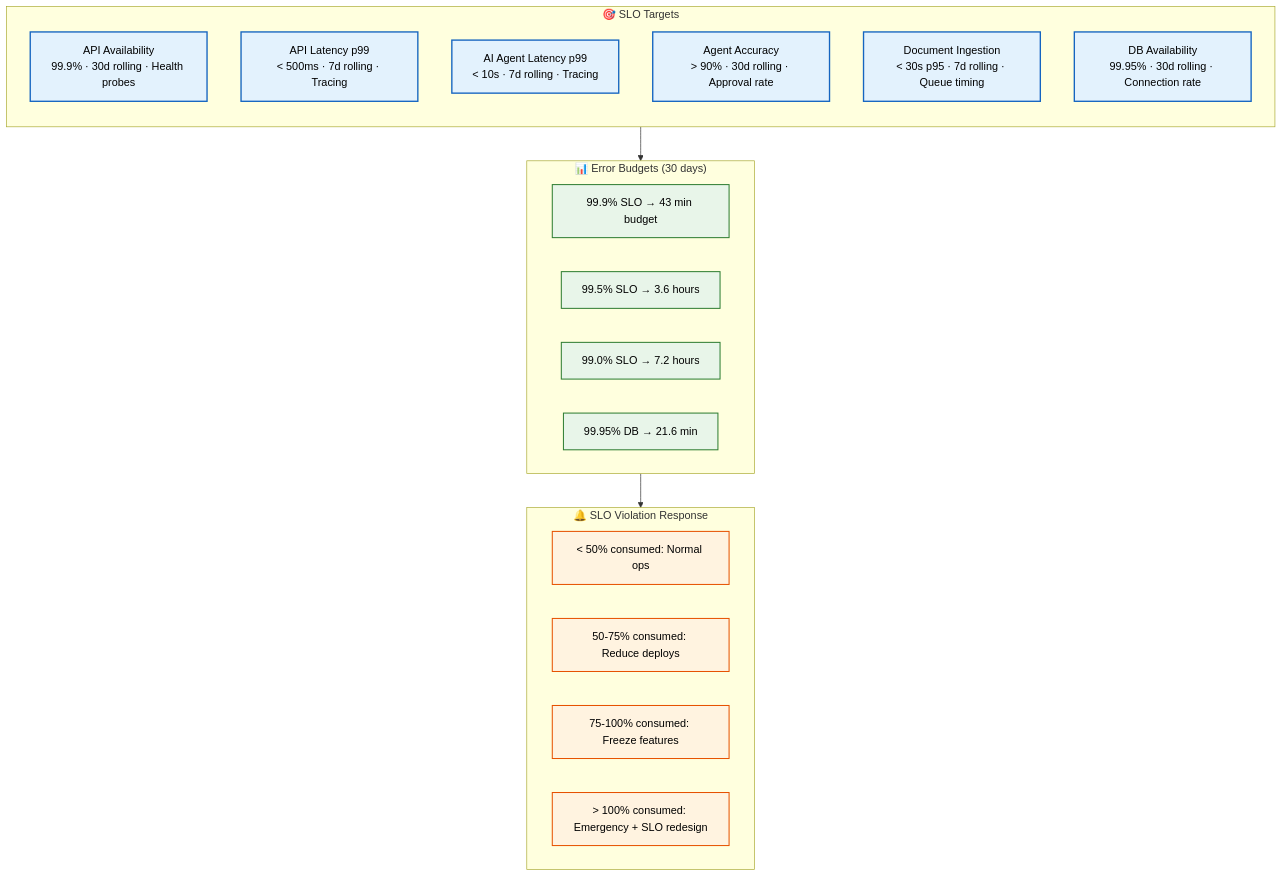
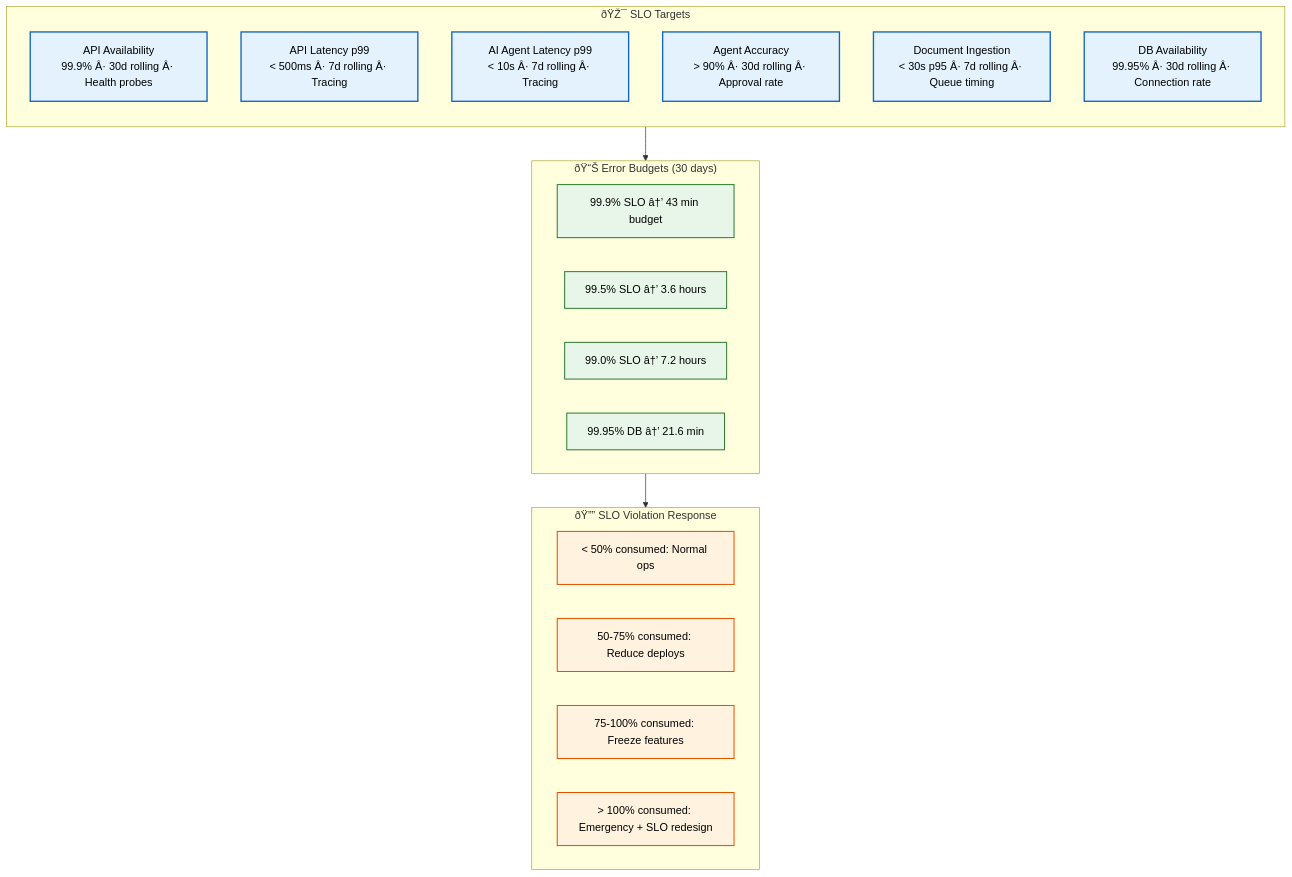
One commit to Driftloom/Vaeloom changed the diagram in Docs/Operations/SLO.md. Above: the diagram before and after it, drawn with Mermaid. The commit also changed other lines of this file and 249 other files, not shown here.

````diff
--- a/Docs/Operations/SLO.md
+++ b/Docs/Operations/SLO.md
@@ -8,36 +8,36 @@
 ```mermaid
 graph TD
     classDef target fill:#e3f2fd,stroke:#1565c0,color:#000,stroke-width:2px
     classDef budget fill:#e8f5e9,stroke:#2e7d32,color:#000,stroke-width:1.5px
     classDef response fill:#fff3e0,stroke:#e65100,color:#000,stroke-width:1.5px
 
-    subgraph Targets["🎯 SLO Targets"]
+    subgraph Targets["ðŸŽ¯ SLO Targets"]
         direction TB
-        T1["API Availability<br/>99.9% · 30d rolling · Health probes"]
-        T2["API Latency p99<br/>< 500ms · 7d rolling · Tracing"]
-        T3["AI Agent Latency p99<br/>< 10s · 7d rolling · Tracing"]
-        T4["Agent Accuracy<br/>> 90% · 30d rolling · Approval rate"]
-        T5["Document Ingestion<br/>< 30s p95 · 7d rolling · Queue timing"]
-        T6["DB Availability<br/>99.95% · 30d rolling · Connection rate"]
+        T1["API Availability<br/>99.9% Â· 30d rolling Â· Health probes"]
+        T2["API Latency p99<br/>< 500ms Â· 7d rolling Â· Tracing"]
+        T3["AI Agent Latency p99<br/>< 10s Â· 7d rolling Â· Tracing"]
+        T4["Agent Accuracy<br/>> 90% Â· 30d rolling Â· Approval rate"]
+        T5["Document Ingestion<br/>< 30s p95 Â· 7d rolling Â· Queue timing"]
+        T6["DB Availability<br/>99.95% Â· 30d rolling Â· Connection rate"]
     end
 
-    subgraph Budgets["📊 Error Budgets (30 days)"]
-        B1["99.9% SLO → 43 min budget"]
-        B2["99.5% SLO → 3.6 hours"]
-        B3["99.0% SLO → 7.2 hours"]
-        B4["99.95% DB → 21.6 min"]
+    subgraph Budgets["ðŸ“Š Error Budgets (30 days)"]
+        B1["99.9% SLO â†’ 43 min budget"]
+        B2["99.5% SLO â†’ 3.6 hours"]
+        B3["99.0% SLO â†’ 7.2 hours"]
+        B4["99.95% DB â†’ 21.6 min"]
     end
 
-    subgraph Response["🔔 SLO Violation Response"]
+    subgraph Response["ðŸ”” SLO Violation Response"]
         R1["< 50% consumed: Normal ops"]
         R2["50-75% consumed: Reduce deploys"]
         R3["75-100% consumed: Freeze features"]
         R4["> 100% consumed: Emergency + SLO redesign"]
     end
 
     Targets --> Budgets --> Response
 
     class T1,T2,T3,T4,T5,T6 target
     class B1,B2,B3,B4 budget
     class R1,R2,R3,R4 response
 ```
````
